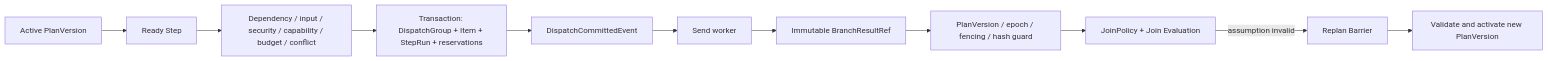
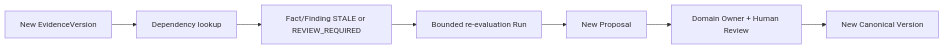
One commit to ProfessorZhi/Zuno changed the sixth of 14 diagrams in docs/project/architecture/architecture-views.md. Above: the diagram before and after it, drawn with Mermaid. The commit also changed other lines of this file and 99 other files, not shown here.

Commit message:
docs: reframe architecture around Python microservices

````diff
--- a/docs/project/architecture/architecture-views.md
+++ b/docs/project/architecture/architecture-views.md
@@ -145,13 +87,9 @@
 ```mermaid
 flowchart LR
-  ACTIVE[Active PlanVersion] --> READY[Ready Step]
-  READY --> CHECK[Dependency / input / security / capability / budget / conflict]
-  CHECK --> TX[Transaction: DispatchGroup + Item + StepRun + reservations]
-  TX --> EVENT[DispatchCommittedEvent]
-  EVENT --> SEND[Send worker]
-  SEND --> RESULT[Immutable BranchResultRef]
-  RESULT --> GUARD[PlanVersion / epoch / fencing / hash guard]
-  GUARD --> JOIN[JoinPolicy + Join Evaluation]
-  JOIN -->|assumption invalid| BARRIER[Replan Barrier]
-  BARRIER --> NEW[Validate and activate new PlanVersion]
+  NEW[New EvidenceVersion] --> DEP[Dependency lookup]
+  DEP --> STALE[Fact/Finding STALE or REVIEW_REQUIRED]
+  STALE --> RUN[Bounded re-evaluation Run]
+  RUN --> PROPOSAL[New Proposal]
+  PROPOSAL --> OWNER[Domain Owner + Human Review]
+  OWNER --> COMMIT[New Canonical Version]
 ```
````
